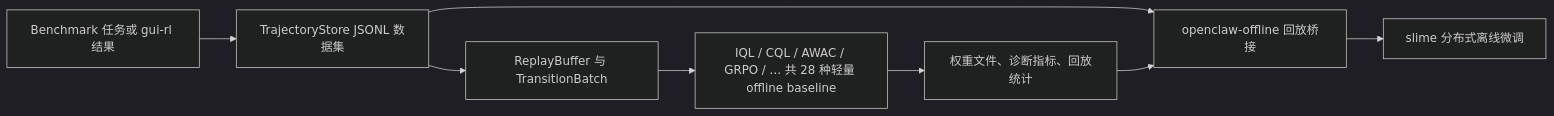
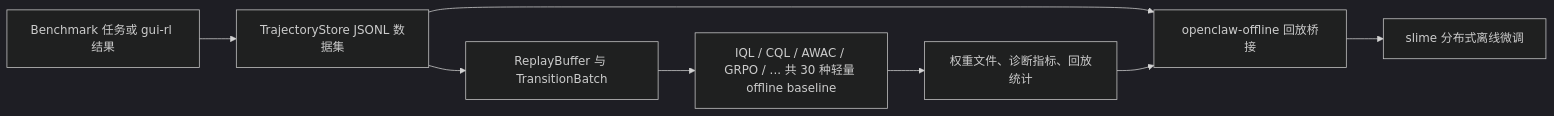
One commit to MING-ZCH/OpenClaw-RL-Offline changed the diagram in README.zh-CN.md. Above: the diagram before and after it, drawn with Mermaid (dark theme). The commit also changed other lines of this file and 12 other files, not shown here.

````diff
--- a/README.zh-CN.md
+++ b/README.zh-CN.md
@@ -9,10 +9,10 @@
 ```mermaid
 flowchart LR
   A[Benchmark 任务或 gui-rl 结果] --> B[TrajectoryStore JSONL 数据集]
   B --> C[ReplayBuffer 与 TransitionBatch]
-  C --> D[IQL / CQL / AWAC / GRPO / ... 共 28 种轻量 offline baseline]
+  C --> D[IQL / CQL / AWAC / GRPO / ... 共 30 种轻量 offline baseline]
   D --> E[权重文件、诊断指标、回放统计]
   B --> F[openclaw-offline 回放桥接]
   E --> F
   F --> G[slime 分布式离线微调]
 ```
````
